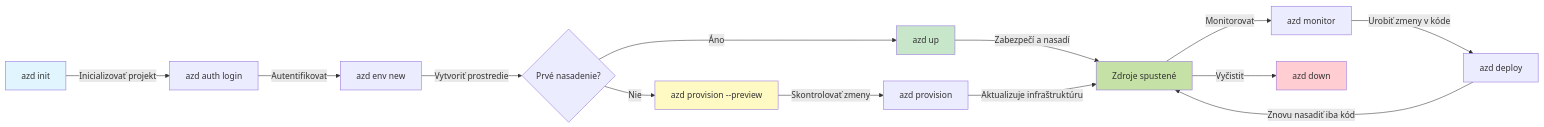
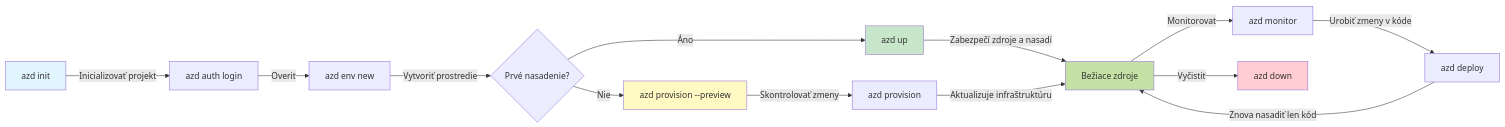
One commit to microsoft/AZD-for-beginners changed the first of 2 diagrams in translations/sk/docs/chapter-01-foundation/azd-basics.md. Above: the diagram before and after it, drawn with Mermaid. The commit also changed other lines of this file and 101 other files, not shown here.

````diff
--- a/translations/sk/docs/chapter-01-foundation/azd-basics.md
+++ b/translations/sk/docs/chapter-01-foundation/azd-basics.md
@@ -254,21 +269,21 @@
 ```mermaid
 graph LR
     A[azd init] -->|Inicializovať projekt| B[azd auth login]
-    B -->|Autentifikovať| C[azd env new]
+    B -->|Overiť| C[azd env new]
     C -->|Vytvoriť prostredie| D{Prvé nasadenie?}
     D -->|Áno| E[azd up]
     D -->|Nie| F[azd provision --preview]
     F -->|Skontrolovať zmeny| G[azd provision]
-    E -->|Zabezpečí a nasadí| H[Zdroje spustené]
+    E -->|Zabezpečí zdroje a nasadí| H[Bežiace zdroje]
     G -->|Aktualizuje infraštruktúru| H
     H -->|Monitorovať| I[azd monitor]
     I -->|Urobiť zmeny v kóde| J[azd deploy]
-    J -->|Znovu nasadiť iba kód| H
+    J -->|Znova nasadiť len kód| H
     H -->|Vyčistiť| K[azd down]
     
     style A fill:#e1f5fe
     style E fill:#c8e6c9
     style F fill:#fff9c4
     style H fill:#c5e1a5
     style K fill:#ffcdd2
 ```
````
